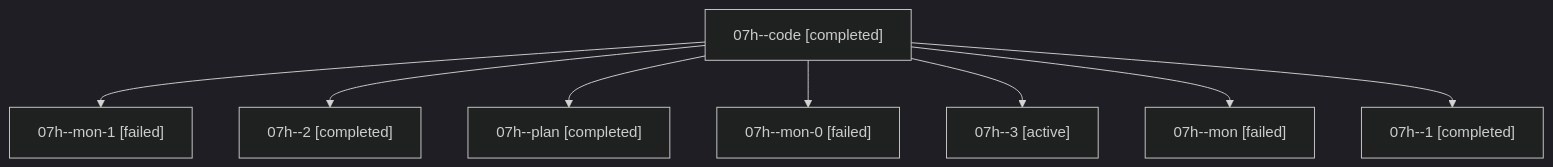
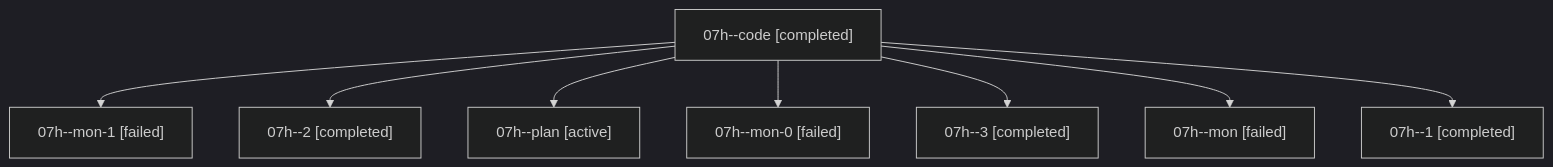
One commit to sase-org/sase--agents changed the diagram in families/bbugyi200.athena.07h.md. Above: the diagram before and after it, drawn with Mermaid (dark theme). The commit also changed other lines of this file and 35830 other files, not shown here.

````diff
--- a/families/bbugyi200.athena.07h.md
+++ b/families/bbugyi200.athena.07h.md
@@ -9,18 +9,18 @@
 ```mermaid
 flowchart TD
   n0["07h--code [completed]"]
   n1["07h--mon-1 [failed]"]
   n0 --> n1
   n2["07h--2 [completed]"]
   n0 --> n2
-  n3["07h--plan [completed]"]
+  n3["07h--plan [active]"]
   n0 --> n3
   n4["07h--mon-0 [failed]"]
   n0 --> n4
-  n5["07h--3 [active]"]
+  n5["07h--3 [completed]"]
   n0 --> n5
   n6["07h--mon [failed]"]
   n0 --> n6
   n7["07h--1 [completed]"]
   n0 --> n7
 ```
````
